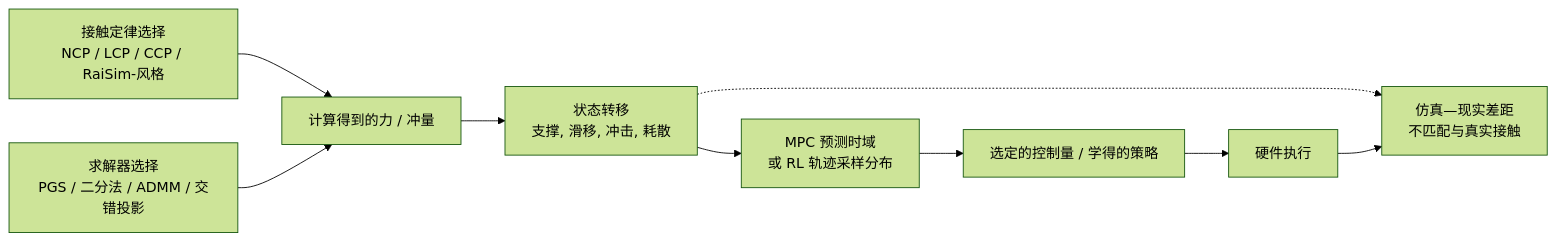
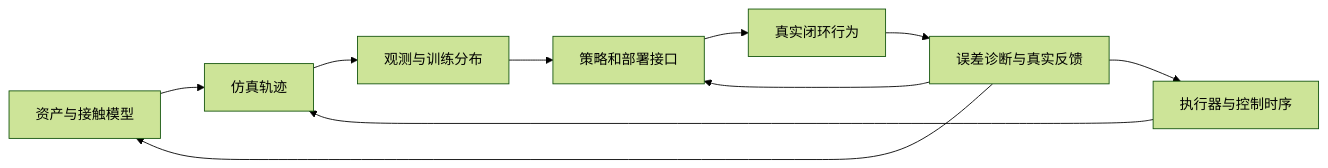
The diagram in wiki/concepts/SimulationRealityGap.md (niuverse/llm-wiki), drawn with Mermaid (forest theme) before and after one commit. The commit also changed other lines of this file and 222 other files, not shown here.

````diff
--- a/wiki/concepts/SimulationRealityGap.md
+++ b/wiki/concepts/SimulationRealityGap.md
@@ -22,11 +37,12 @@
 ```mermaid
 flowchart LR
-  A["接触定律选择<br/>NCP / LCP / CCP / RaiSim-风格"] --> C["计算得到的力 / 冲量"]
-  B["求解器选择<br/>PGS / 二分法 / ADMM / 交错投影"] --> C
-  C --> D["状态转移<br/>支撑, 滑移, 冲击, 耗散"]
-  D --> E["MPC 预测时域<br/>或 RL 轨迹采样分布"]
-  E --> F["选定的控制量 / 学得的策略"]
-  F --> G["硬件执行"]
-  D -.-> H["仿真—现实差距<br/>不匹配与真实接触"]
-  G --> H
+  A["资产与接触模型"] --> B["仿真轨迹"]
+  C["执行器与控制时序"] --> B
+  B --> D["观测与训练分布"]
+  D --> E["策略和部署接口"]
+  E --> F["真实闭环行为"]
+  F --> G["误差诊断与真实反馈"]
+  G --> A
+  G --> C
+  G --> E
 ```
````
